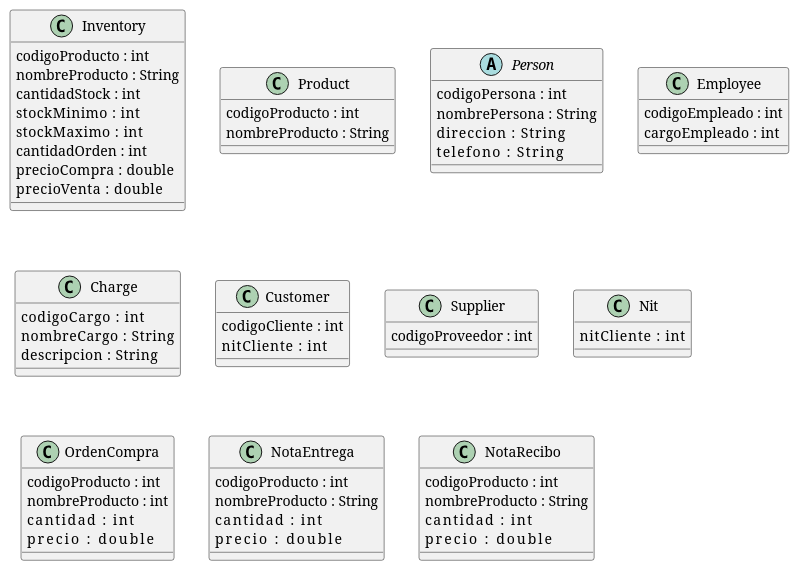
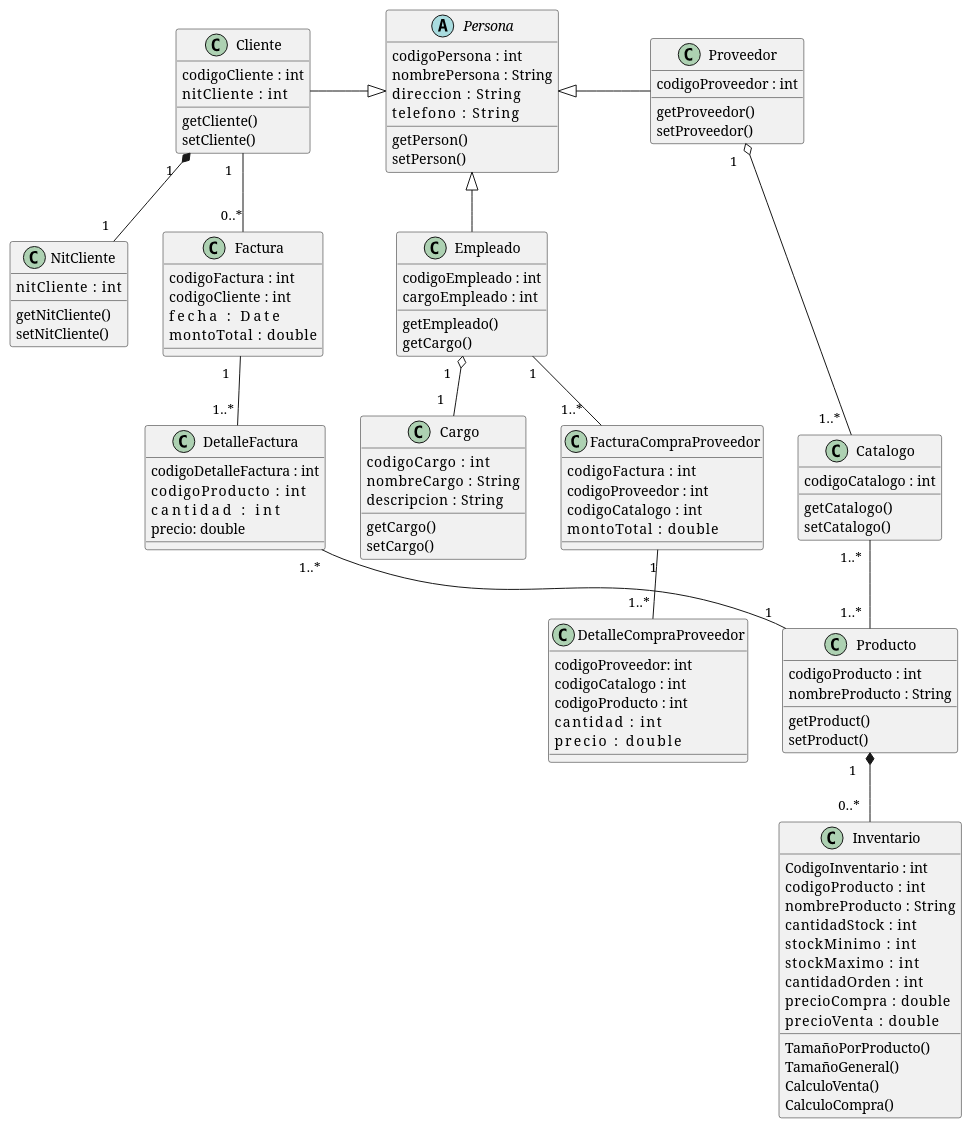
One commit to AdhaminRubenPomaYapur/Gestion-de-Sistemas---Licoterca changed the diagram in uml-class.plantuml. Above: the diagram before and after it, drawn with PlantUML.

Commit message:
Clases casi acabadas

```diff
--- a/uml-class.plantuml
+++ b/uml-class.plantuml
@@ -1,71 +1,133 @@
 @startuml Clases
 
-class Inventory {
+Producto               "1    "      *--       "0..*   "        Inventario
+Catalogo               "1..*  "      --        "1..*  "        Producto
+      
+Cliente                "1   "        --         "0..*"         Factura
+Factura                "1   "        --         "1..* "        DetalleFactura
+DetalleFactura         "1..*   "     --       "1 "             Producto
+      
+Empleado               "1 "          --       "1..*   "        FacturaCompraProveedor
+FacturaCompraProveedor "1"           --       "1..* "          DetalleCompraProveedor
+
+'Esto es la relacion de las personas'
+Persona   <|--           Empleado
+Persona   <|---left      Cliente
+Persona   <|---right     Proveedor
+
+'Relaciones basicas entre las personas'
+Proveedor   "1   "     o--    "1..*  "   Catalogo
+Empleado    "1   "     o--    "1   "     Cargo
+Cliente     "1   "     *--    "1   "     NitCliente
+
+class Inventario {
+    CodigoInventario : int
+    codigoProducto   : int
+    nombreProducto   : String
+    cantidadStock    : int
+    stockMinimo      : int
+    stockMaximo      : int
+    cantidadOrden    : int
+    precioCompra     : double
+    precioVenta      : double
+
+    TamañoPorProducto()
+    TamañoGeneral()
+    CalculoVenta()
+    CalculoCompra()
+}
+
+class Producto {
     codigoProducto : int
     nombreProducto : String
-    cantidadStock  : int
-    stockMinimo    : int
-    stockMaximo    : int
-    cantidadOrden  : int
-    precioCompra   : double
-    precioVenta    : double
+
+    getProduct()
+    setProduct()
 }
 
-class Product {
-    codigoProducto : int
-    nombreProducto : String
-}
-
-abstract class Person {
+abstract class Persona {
     codigoPersona  : int
     nombrePersona  : String
     direccion      : String
     telefono       : String
+
+    getPerson()
+    setPerson()
 }
 
-class Employee {
+class Empleado {
     codigoEmpleado : int
     cargoEmpleado  : int
+
+    getEmpleado()
+    getCargo()
 }
 
-class Charge {
+class Cargo {
     codigoCargo    : int
     nombreCargo    : String
     descripcion    : String
+
+    getCargo()
+    setCargo()
 }
 
-class Customer {
+class Cliente {
     codigoCliente  : int
     nitCliente     : int
+
+    getCliente()
+    setCliente()
 }
 
-class Supplier {
+class Proveedor {
     codigoProveedor : int
+
+    getProveedor()
+    setProveedor()
 }
 
-class Nit {
-    nitCliente     : int
+class Catalogo {
+    codigoCatalogo : int
+
+    getCatalogo()
+    setCatalogo()
 }
 
-class OrdenCompra {
-    codigoProducto : int
-    nombreProducto : int
-    cantidad       : int
-    precio         : double
+class NitCliente {
+    nitCliente     : int
+
+    getNitCliente()
+    setNitCliente()
 }
 
-class NotaEntrega {
-    codigoProducto : int
-    nombreProducto : String
-    cantidad       : int
-    precio         : double
+class Factura {
+    codigoFactura  : int
+    codigoCliente  : int
+    fecha          : Date
+    montoTotal     : double
 }
 
-class NotaRecibo {
+class DetalleFactura {
+    codigoDetalleFactura : int
+    codigoProducto       : int
+    cantidad             : int
+    precio: double
+}
+
+class FacturaCompraProveedor {
+    codigoFactura   : int
+    codigoProveedor : int
+    codigoCatalogo  : int
+    montoTotal      : double
+}
+
+class DetalleCompraProveedor {
+    codigoProveedor: int
+    codigoCatalogo : int
     codigoProducto : int
-    nombreProducto : String
     cantidad       : int
     precio         : double
 }
 
 @enduml
```
